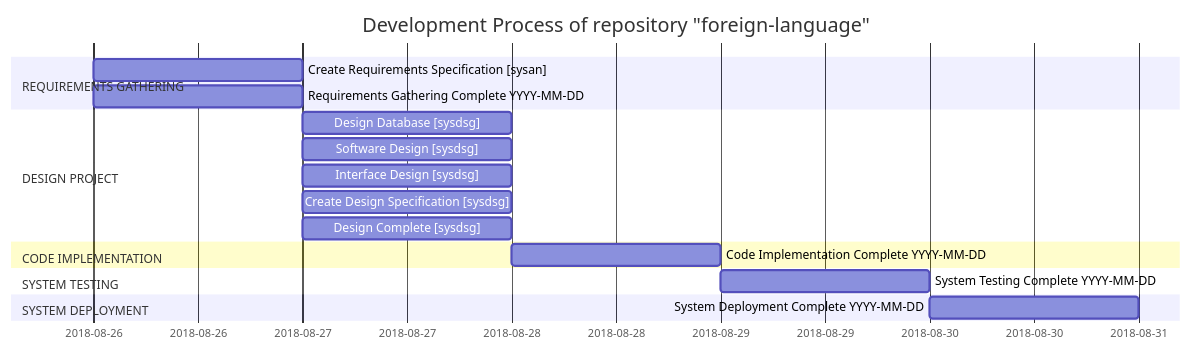
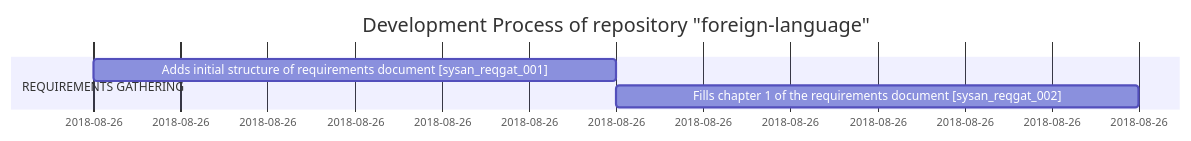
One commit to felipecaggi/foreign-language changed the diagram in _development-process_/diagrams/gannt-diagram.md. Above: the diagram before and after it, drawn with Mermaid. The commit also changed 3 other files, not shown here.

Commit message:
[prjmn_reqgat_001] Monitors the requirements gathering process

````diff
--- a/_development-process_/diagrams/gannt-diagram.md
+++ b/_development-process_/diagrams/gannt-diagram.md
@@ -3,25 +3,11 @@
 ```mermaid
 gantt
 dateFormat YYYY-MM-DD
 title Development Process of repository "foreign-language"
 
 section REQUIREMENTS GATHERING
-Create Requirements Specification [sysan]                   : reqgat1, 2018-08-26, 1d
-Requirements Gathering Complete YYYY-MM-DD                  : reqgat1, 2018-08-26, 1d
+Adds initial structure of requirements document [sysan_reqgat_001]  : reqgat1, 2018-08-26, 3h
 
-section DESIGN PROJECT
-Design Database [sysdsg]                                    : dsgprj1, after reqgat1, 1d
-Software Design [sysdsg]                                    : dsgprj2, after reqgat1, 1d
-Interface Design [sysdsg]                                   : dsgprj3, after reqgat1, 1d
-Create Design Specification [sysdsg]                        : dsgprj4, after reqgat1, 1d
-Design Complete [sysdsg]                                    : dsgprj5, after reqgat1, 1d
+Fills chapter 1 of the requirements document [sysan_reqgat_002]     : reqgat2, after reqgat1, 3h
 
-section CODE IMPLEMENTATION
-Code Implementation Complete YYYY-MM-DD                     : codimp1, after dsgprj5, 1d
-
-section SYSTEM TESTING
-System Testing Complete YYYY-MM-DD                          : systst1, after codimp1, 1d
-
-section SYSTEM DEPLOYMENT
-System Deployment Complete YYYY-MM-DD                       : sysdpy1, after systst1, 1d
 ```
````
